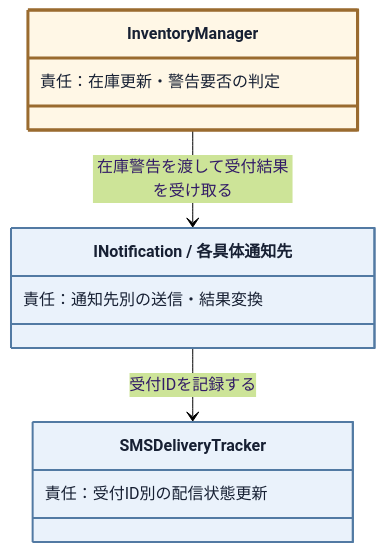
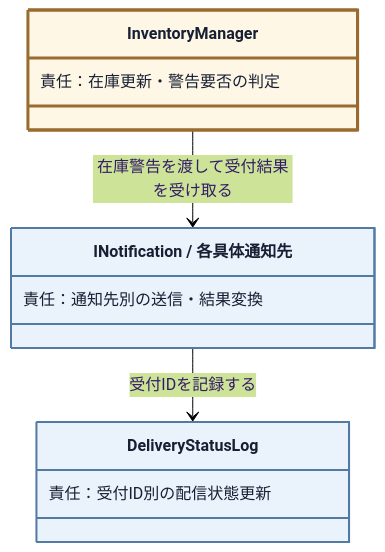
Before and after one commit to kumachan1101-pixel/DesignPattern: the tenth of 20 diagrams in kindle/design-patterns/books/volume01-core-patterns/output/05-chapter03.md, drawn with Mermaid (forest theme). The commit also changed other lines of this file and 6 other files, not shown here.

````diff
--- a/kindle/design-patterns/books/volume01-core-patterns/output/05-chapter03.md
+++ b/kindle/design-patterns/books/volume01-core-patterns/output/05-chapter03.md
@@ -1574,18 +1587,18 @@
 ```mermaid
 classDiagram
     direction TB
     class InventoryPolicy["InventoryManager"]:::current {
         責任：在庫更新・警告要否の判定
     }
     class NotificationConnection["INotification / 各具体通知先"]:::separated {
         責任：通知先別の送信・結果変換
     }
-    class DeliveryTracking["SMSDeliveryTracker"]:::separated {
+    class DeliveryTracking["DeliveryStatusLog"]:::separated {
         責任：受付ID別の配信状態更新
     }
     InventoryPolicy --> NotificationConnection : 在庫警告を渡して受付結果を受け取る
     NotificationConnection --> DeliveryTracking : 受付IDを記録する
 
     classDef separated fill:#eaf2fb,stroke:#527aa3,stroke-width:2px,color:#172033;
     classDef current fill:#fff7e6,stroke:#9a6b2f,stroke-width:3px,color:#172033;
 ```
````
